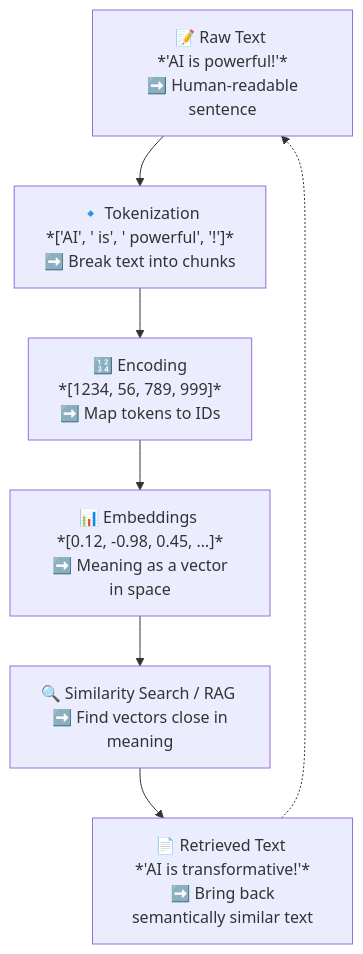
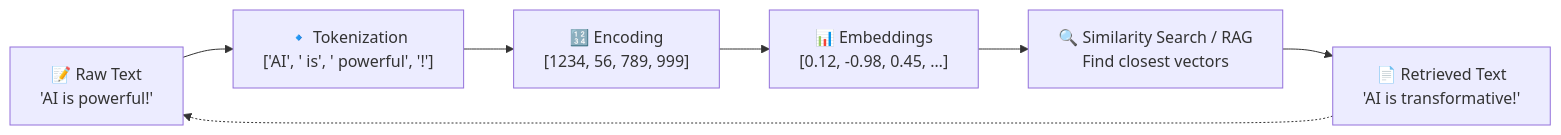
Before and after one commit to Swamy-s-Tech-Skills-Academy-AI-ML-Data/learn-generative-ai: the diagram in docs/concepts/foundational-concepts.md, drawn with Mermaid. The commit also changed other lines of this file and 5 other files, not shown here.

````diff
--- a/docs/concepts/foundational-concepts.md
+++ b/docs/concepts/foundational-concepts.md
@@ -13,15 +55,15 @@
 ```mermaid
-flowchart TD
-    A["📝 Raw Text <br/> *'AI is powerful!'* <br/> ➡️ Human-readable sentence"]
-    B["🔹 Tokenization <br/> *['AI', ' is', ' powerful', '!']* <br/> ➡️ Break text into chunks"]
-    C["🔢 Encoding <br/> *[1234, 56, 789, 999]* <br/> ➡️ Map tokens to IDs"]
-    D["📊 Embeddings <br/> *[0.12, -0.98, 0.45, …]* <br/> ➡️ Meaning as a vector in space"]
-    E["🔍 Similarity Search / RAG <br/> ➡️ Find vectors close in meaning"]
-    F["📄 Retrieved Text <br/> *'AI is transformative!'* <br/> ➡️ Bring back semantically similar text"]
+flowchart LR
+    A["📝 Raw Text <br/> 'AI is powerful!'"]
+    B["🔹 Tokenization <br/> ['AI', ' is', ' powerful', '!']"]
+    C["🔢 Encoding <br/> [1234, 56, 789, 999]"]
+    D["📊 Embeddings <br/> [0.12, -0.98, 0.45, …]"]
+    E["🔍 Similarity Search / RAG <br/> Find closest vectors"]
+    F["📄 Retrieved Text <br/> 'AI is transformative!'"]
 
     %% Forward flow
     A --> B --> C --> D --> E --> F
 
-    %% Reverse view
+    %% Reverse explanation
     F -.-> A
 ```
````
